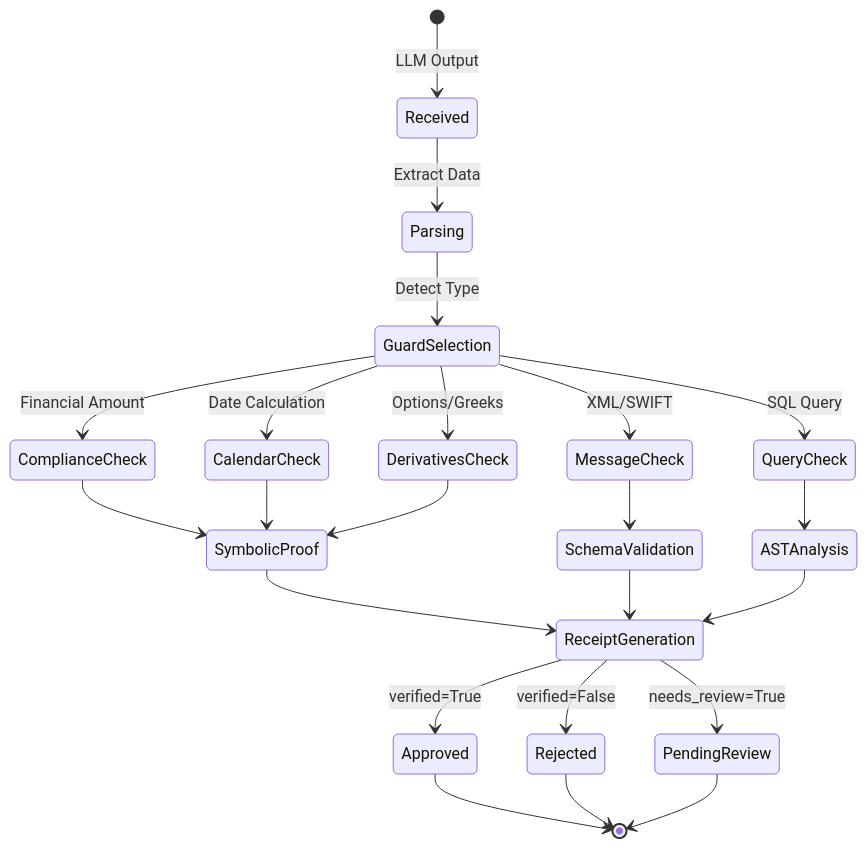
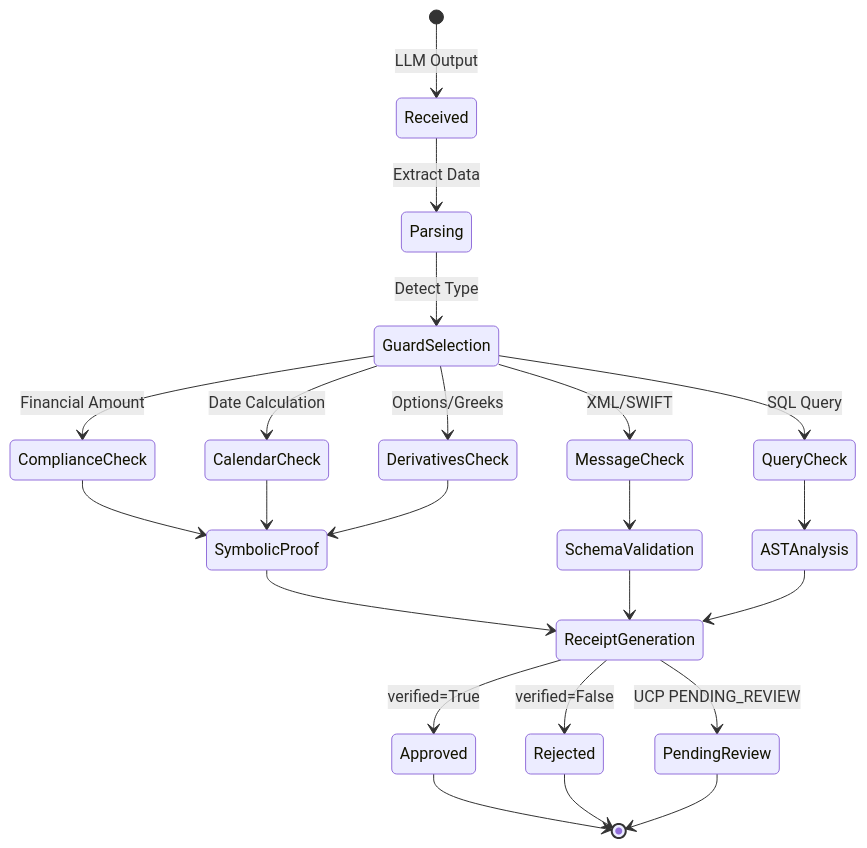
The third of 8 diagrams in finance/design.mdx (QWED-AI/docs), drawn with Mermaid before and after one commit. The commit also changed other lines of this file and 6 other files, not shown here.

````diff
--- a/finance/design.mdx
+++ b/finance/design.mdx
@@ -86,31 +93,31 @@
 ```mermaid
 stateDiagram-v2
     [*] --> Received: LLM Output
     
     Received --> Parsing: Extract Data
     Parsing --> GuardSelection: Detect Type
     
     GuardSelection --> ComplianceCheck: Financial Amount
     GuardSelection --> CalendarCheck: Date Calculation
     GuardSelection --> DerivativesCheck: Options/Greeks
     GuardSelection --> MessageCheck: XML/SWIFT
     GuardSelection --> QueryCheck: SQL Query
     
     ComplianceCheck --> SymbolicProof
     CalendarCheck --> SymbolicProof
     DerivativesCheck --> SymbolicProof
     MessageCheck --> SchemaValidation
     QueryCheck --> ASTAnalysis
     
     SymbolicProof --> ReceiptGeneration
     SchemaValidation --> ReceiptGeneration
     ASTAnalysis --> ReceiptGeneration
     
     ReceiptGeneration --> Approved: verified=True
     ReceiptGeneration --> Rejected: verified=False
-    ReceiptGeneration --> PendingReview: needs_review=True
+    ReceiptGeneration --> PendingReview: UCP PENDING_REVIEW
     
     Approved --> [*]
     Rejected --> [*]
     PendingReview --> [*]
 ```
````
